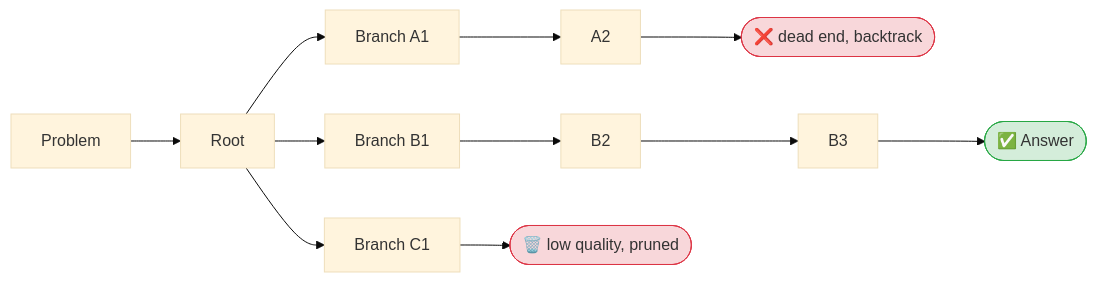
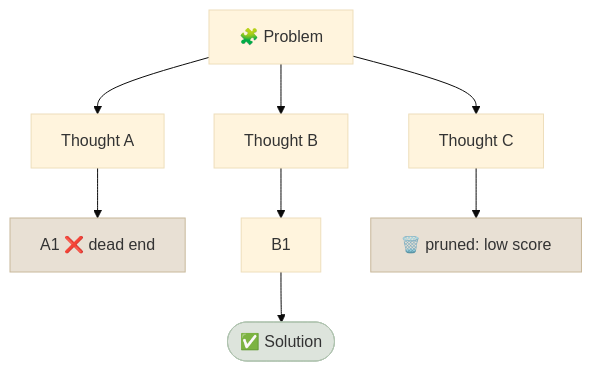
Before and after one commit to sundante/sun-course-genai: the second of 3 diagrams in src/content/10-Prompt-Engineering/Notes/03-Advanced-Techniques.mdx, drawn with Mermaid (base theme). The commit also changed other lines of this file and 30 other files, not shown here.

````diff
--- a/src/content/10-Prompt-Engineering/Notes/03-Advanced-Techniques.mdx
+++ b/src/content/10-Prompt-Engineering/Notes/03-Advanced-Techniques.mdx
@@ -39,11 +63,13 @@
 ```mermaid
-flowchart LR
-    P["Problem"] --> R["Root"]
-    R --> A1["Branch A1"] --> A2["A2"] --> AX(["❌ dead end, backtrack"])
-    R --> B1["Branch B1"] --> B2["B2"] --> B3["B3"] --> BX(["✅ Answer"])
-    R --> C1["Branch C1"] --> CX(["🗑️ low quality, pruned"])
+flowchart TD
+    R["🧩 Problem"] --> A["Thought A"]
+    R --> B["Thought B"]
+    R --> C["Thought C"]
+    A --> A1["A1 ❌ dead end"]
+    B --> B1["B1"] --> B2(["✅ Solution"])
+    C --> C1["🗑️ pruned: low score"]
 
-    style BX fill:#d4edda,stroke:#28a745
-    style AX fill:#f8d7da,stroke:#dc3545
-    style CX fill:#f8d7da,stroke:#dc3545
+    style B2 fill:#dde4dc,stroke:#b0c4b0
+    style A1 fill:#e8e0d4,stroke:#c8b89a
+    style C1 fill:#e8e0d4,stroke:#c8b89a
 ```
````
